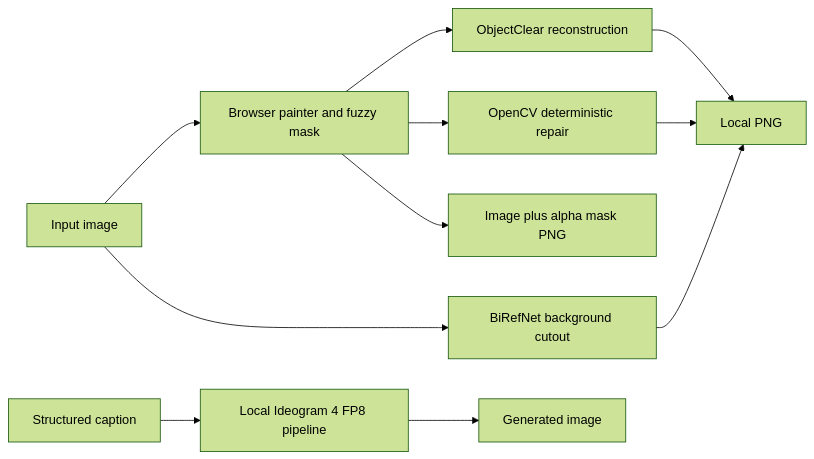
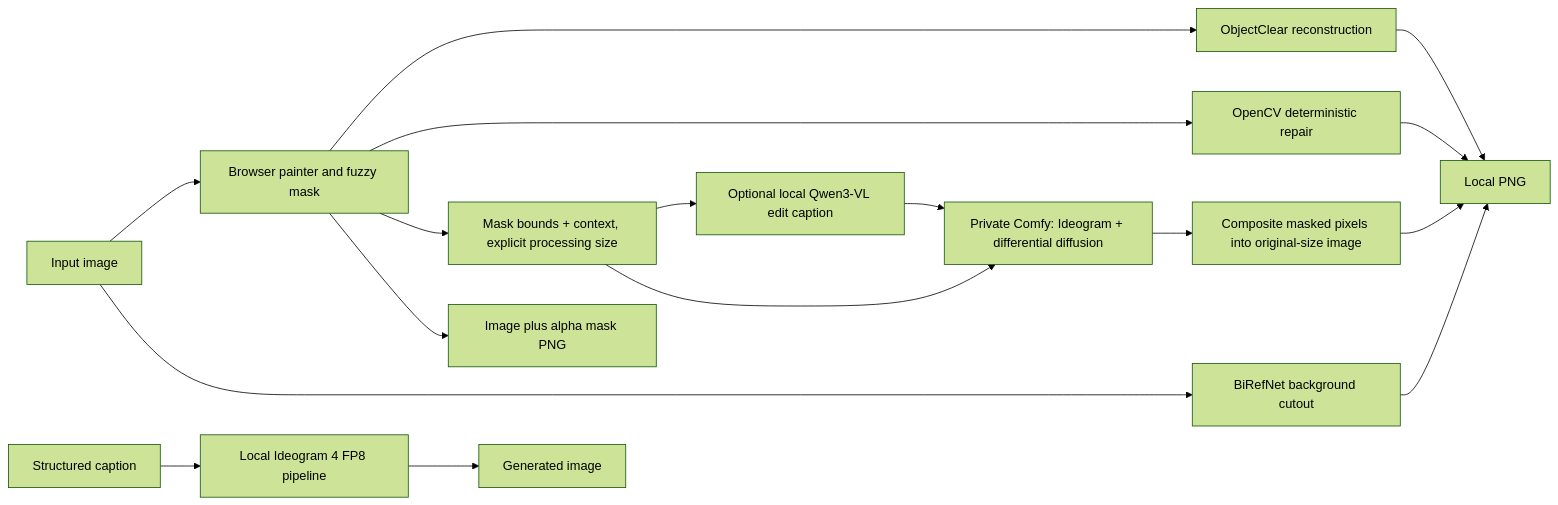
The diagram in ideogram/ARCHITECTURE.md (CommanderTurtle/mm-tools), drawn with Mermaid (forest theme) before and after one commit. The commit also changed other lines of this file and 20 other files, not shown here.

Commit message:
ideogram: add private local masked editing and lasso selection

````diff
--- a/ideogram/ARCHITECTURE.md
+++ b/ideogram/ARCHITECTURE.md
@@ -7,13 +7,19 @@
 ```mermaid
 flowchart LR
     Image["Input image"] --> Painter["Browser painter and fuzzy mask"]
     Painter --> ObjectClear["ObjectClear reconstruction"]
     Painter --> OpenCV["OpenCV deterministic repair"]
+    Painter --> Crop["Mask bounds + context, explicit processing size"]
+    Crop --> Caption["Optional local Qwen3-VL edit caption"]
+    Caption --> Private["Private Comfy: Ideogram + differential diffusion"]
+    Crop --> Private
+    Private --> Composite["Composite masked pixels into original-size image"]
+    Composite --> Edited
     Image --> BiRefNet["BiRefNet background cutout"]
     ObjectClear --> Edited["Local PNG"]
     OpenCV --> Edited
     BiRefNet --> Edited
     Painter --> ComfyPNG["Image plus alpha mask PNG"]
     Prompt["Structured caption"] --> Generator["Local Ideogram 4 FP8 pipeline"]
     Generator --> Generated["Generated image"]
 ```
````
